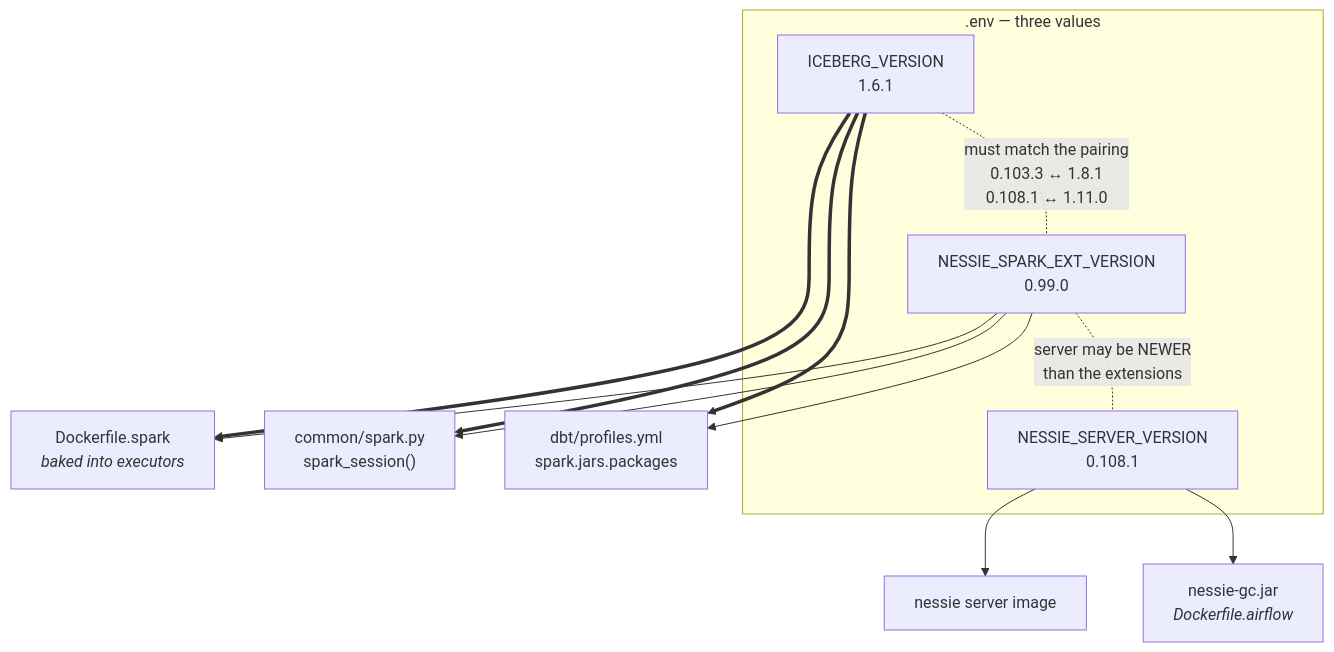
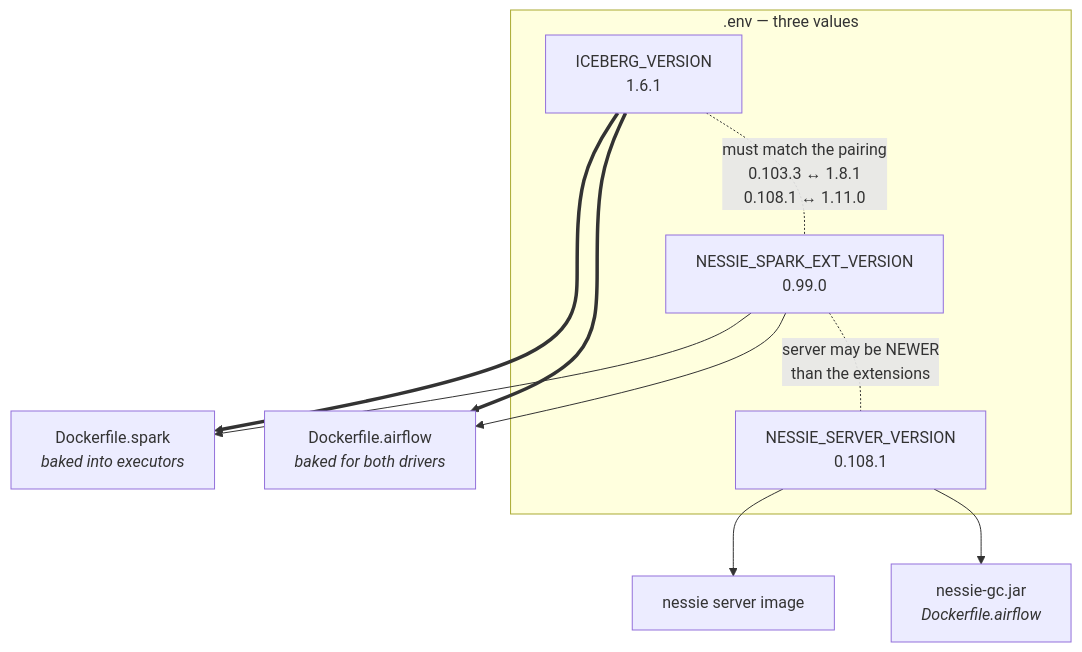
The sixth of 6 diagrams in README.md (RichardFellows/reporting-platform-local), drawn with Mermaid before and after one commit. The commit also changed other lines of this file and 10 other files, not shown here.

First line of the commit message:
feat(#4): bake the drivers' jars into the Airflow image

````diff
--- a/README.md
+++ b/README.md
@@ -306,18 +306,16 @@
 ```mermaid
 flowchart TB
   subgraph env[".env — three values"]
     IV["ICEBERG_VERSION<br/>1.6.1"]
     NX["NESSIE_SPARK_EXT_VERSION<br/>0.99.0"]
     NS["NESSIE_SERVER_VERSION<br/>0.108.1"]
   end
   IV ==> SI["Dockerfile.spark<br/><i>baked into executors</i>"]
-  IV ==> D1["common/spark.py<br/>spark_session()"]
-  IV ==> D2["dbt/profiles.yml<br/>spark.jars.packages"]
+  IV ==> AI["Dockerfile.airflow<br/><i>baked for both drivers</i>"]
   NX --> SI
-  NX --> D1
-  NX --> D2
+  NX --> AI
   NS --> SRV["nessie server image"]
   NS --> GC["nessie-gc.jar<br/><i>Dockerfile.airflow</i>"]
   IV -. "must match the pairing<br/>0.103.3 ↔ 1.8.1<br/>0.108.1 ↔ 1.11.0" .- NX
   NX -. "server may be NEWER<br/>than the extensions" .- NS
 ```
````
